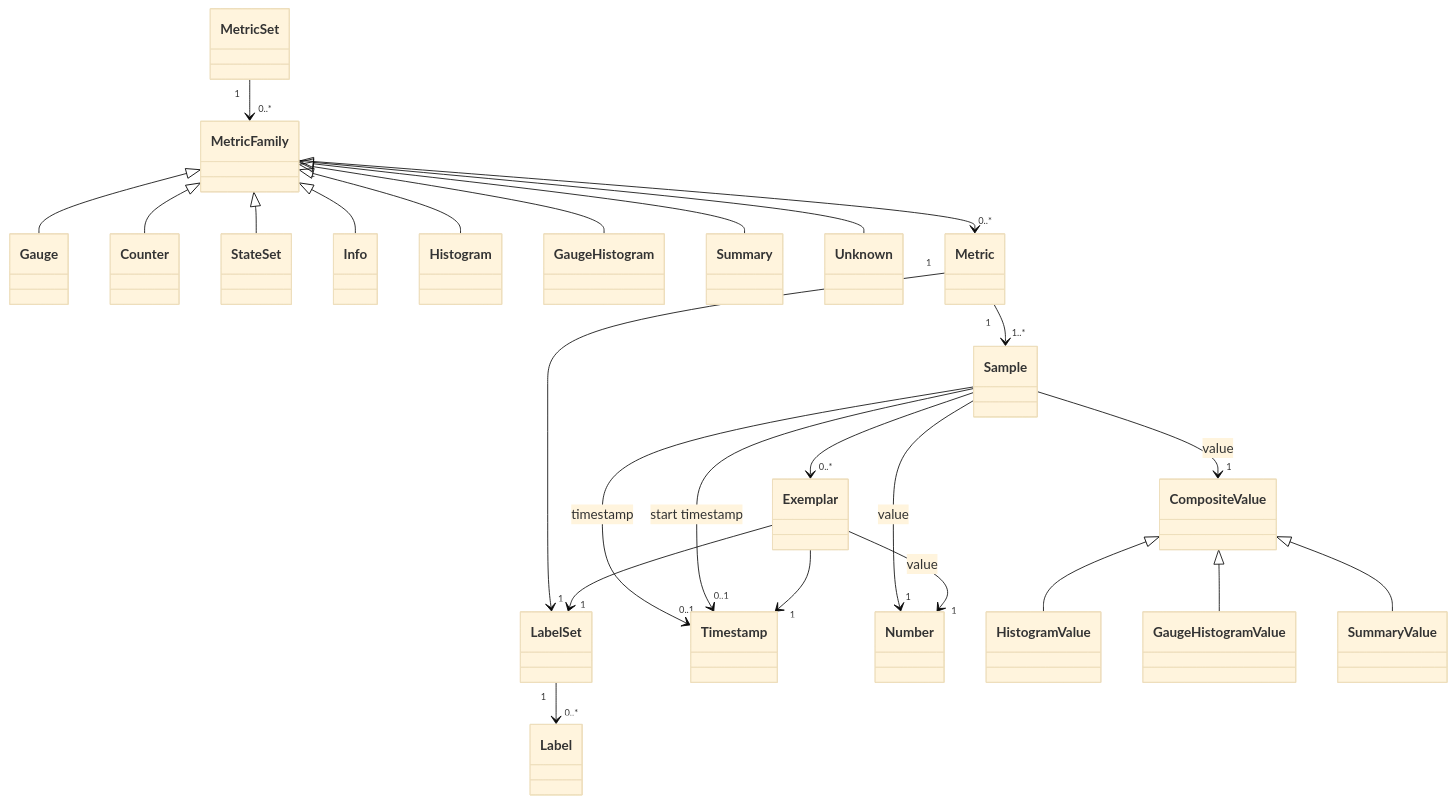
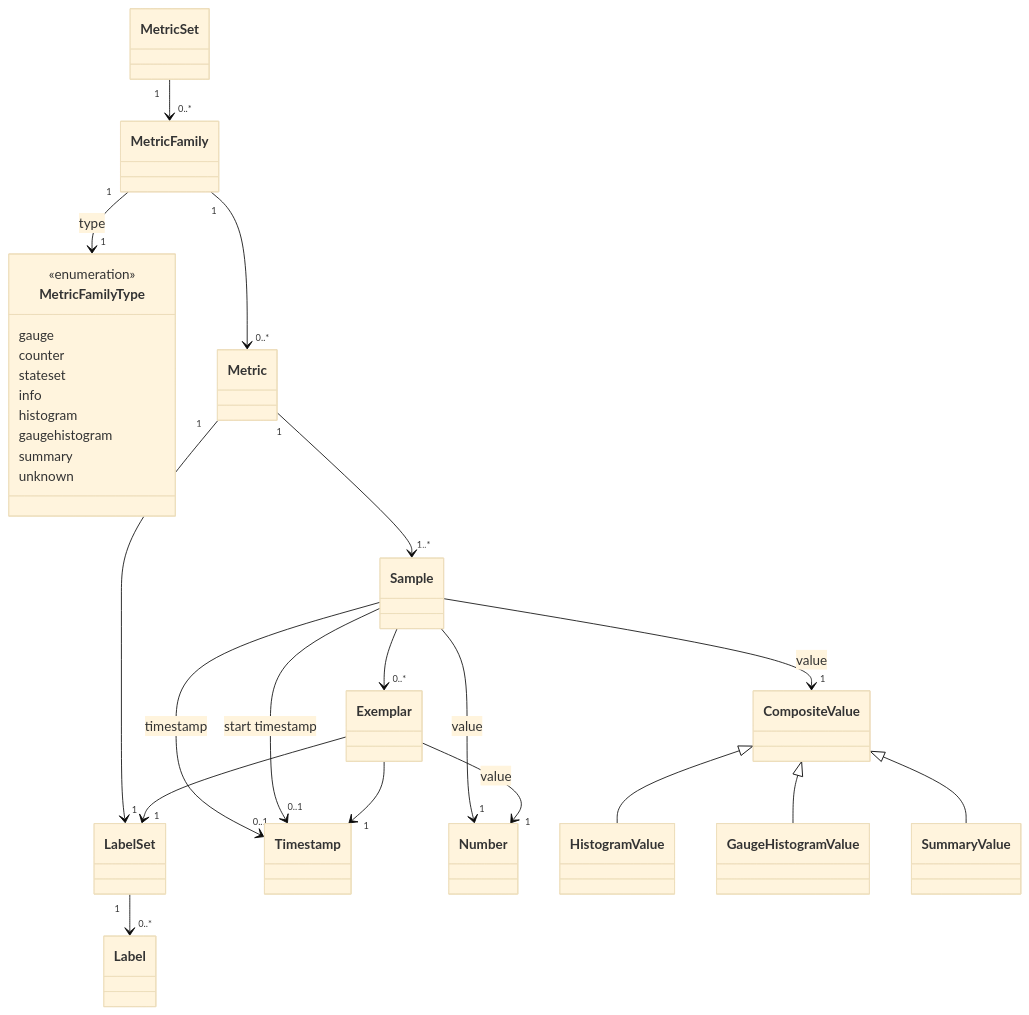
Before and after one commit to prometheus/docs: the diagram in docs/specs/om/open_metrics_spec_2_0.md, drawn with Mermaid (base theme).

Commit message:
fix(om2): replace MetricFamily subclasses with MetricFamilyType enum in diagram
Gauge, Counter, etc. are type values of MetricFamily, not separate classes.
Replace inheritance with a MetricFamilyType enumeration.

Coded with Claude Sonnet 4.6.

````diff
--- a/docs/specs/om/open_metrics_spec_2_0.md
+++ b/docs/specs/om/open_metrics_spec_2_0.md
@@ -69,49 +69,45 @@
 ```mermaid
 classDiagram
     class MetricSet
     class MetricFamily
-    class Gauge
-    class Counter
-    class StateSet
-    class Info
-    class Histogram
-    class GaugeHistogram
-    class Summary
-    class Unknown
+    class MetricFamilyType {
+        <<enumeration>>
+        gauge
+        counter
+        stateset
+        info
+        histogram
+        gaugehistogram
+        summary
+        unknown
+    }
     class Metric
     class LabelSet
     class Label
     class Sample
     class Timestamp
     class Exemplar
     class Number
     class CompositeValue
     class HistogramValue
     class GaugeHistogramValue
     class SummaryValue
 
     MetricSet "1" --> "0..*" MetricFamily
-    MetricFamily <|-- Gauge
-    MetricFamily <|-- Counter
-    MetricFamily <|-- StateSet
-    MetricFamily <|-- Info
-    MetricFamily <|-- Histogram
-    MetricFamily <|-- GaugeHistogram
-    MetricFamily <|-- Summary
-    MetricFamily <|-- Unknown
+    MetricFamily "1" --> "1" MetricFamilyType : type
     MetricFamily "1" --> "0..*" Metric
     Metric "1" --> "1" LabelSet
     Metric "1" --> "1..*" Sample
     LabelSet "1" --> "0..*" Label
     Sample --> "0..1" Timestamp : timestamp
     Sample --> "0..1" Timestamp : start timestamp
     Sample --> "0..*" Exemplar
     Sample --> "1" Number : value
     Sample --> "1" CompositeValue : value
     CompositeValue <|-- HistogramValue
     CompositeValue <|-- GaugeHistogramValue
     CompositeValue <|-- SummaryValue
     Exemplar --> "1" LabelSet
     Exemplar --> "1" Number : value
     Exemplar --> "1" Timestamp
 ```
````
